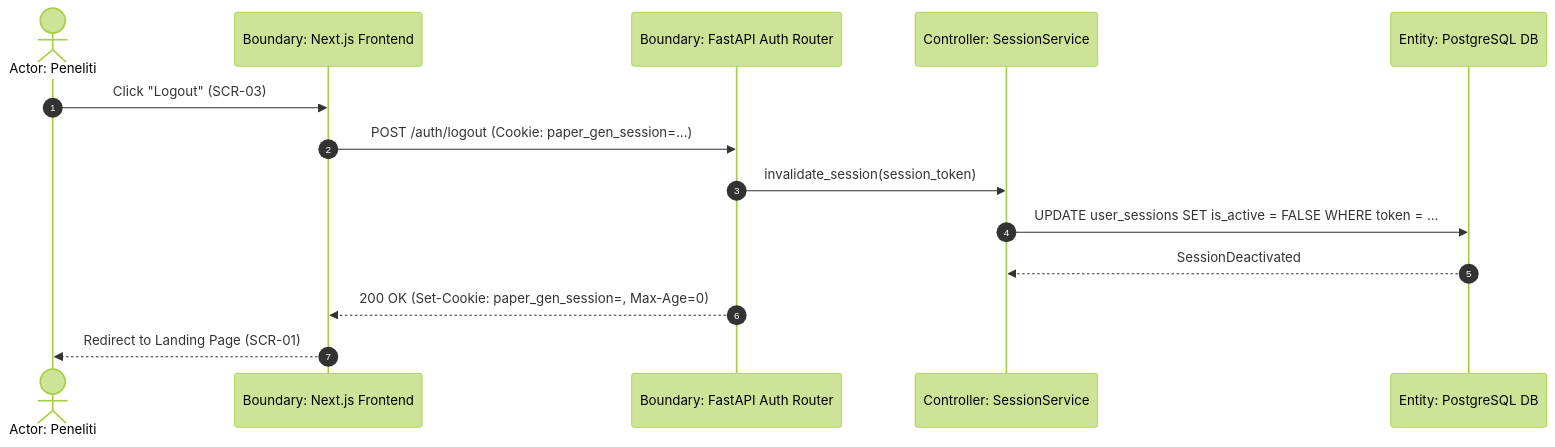
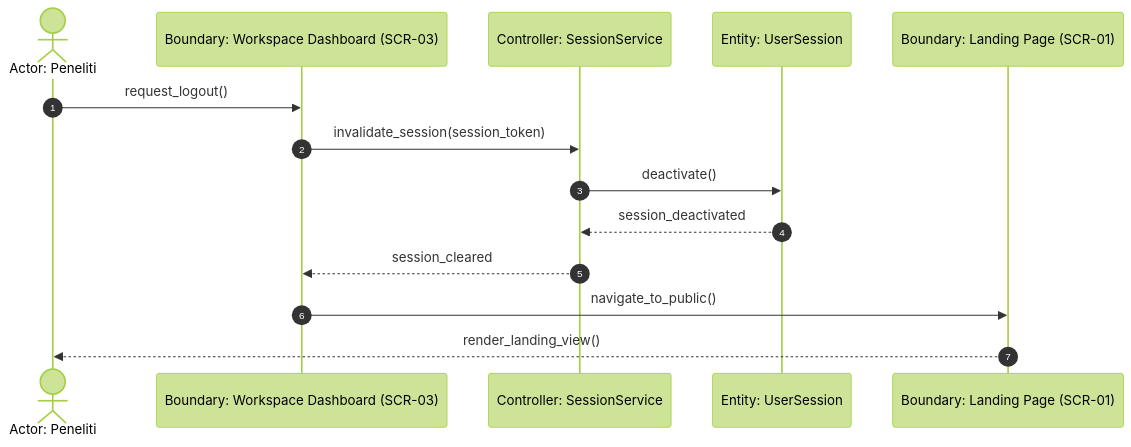
The eighth of 10 diagrams in specs/001-google-oauth-login/plan.md (Gzaa19/Telaah), drawn with Mermaid (forest theme) before and after one commit. The commit also changed other lines of this file and 17 other files, not shown here.

````diff
--- a/specs/001-google-oauth-login/plan.md
+++ b/specs/001-google-oauth-login/plan.md
@@ -235,17 +369,17 @@
 ```mermaid
 sequenceDiagram
     autonumber
-    actor User as Actor: Peneliti
-    participant NextJS as Boundary: Next.js Frontend
-    participant FastAPI as Boundary: FastAPI Auth Router
+    actor Peneliti as Actor: Peneliti
+    participant DashboardUI as Boundary: Workspace Dashboard (SCR-03)
     participant SessSvc as Controller: SessionService
-    participant DB as Entity: PostgreSQL DB
+    participant Session as Entity: UserSession
+    participant LandingUI as Boundary: Landing Page (SCR-01)
 
-    User->>NextJS: Click "Logout" (SCR-03)
-    NextJS->>FastAPI: POST /auth/logout (Cookie: paper_gen_session=...)
-    FastAPI->>SessSvc: invalidate_session(session_token)
-    SessSvc->>DB: UPDATE user_sessions SET is_active = FALSE WHERE token = ...
-    DB-->>SessSvc: SessionDeactivated
-    FastAPI-->>NextJS: 200 OK (Set-Cookie: paper_gen_session=, Max-Age=0)
-    NextJS-->>User: Redirect to Landing Page (SCR-01)
+    Peneliti->>DashboardUI: request_logout()
+    DashboardUI->>SessSvc: invalidate_session(session_token)
+    SessSvc->>Session: deactivate()
+    Session-->>SessSvc: session_deactivated
+    SessSvc-->>DashboardUI: session_cleared
+    DashboardUI->>LandingUI: navigate_to_public()
+    LandingUI-->>Peneliti: render_landing_view()
 ```
````
